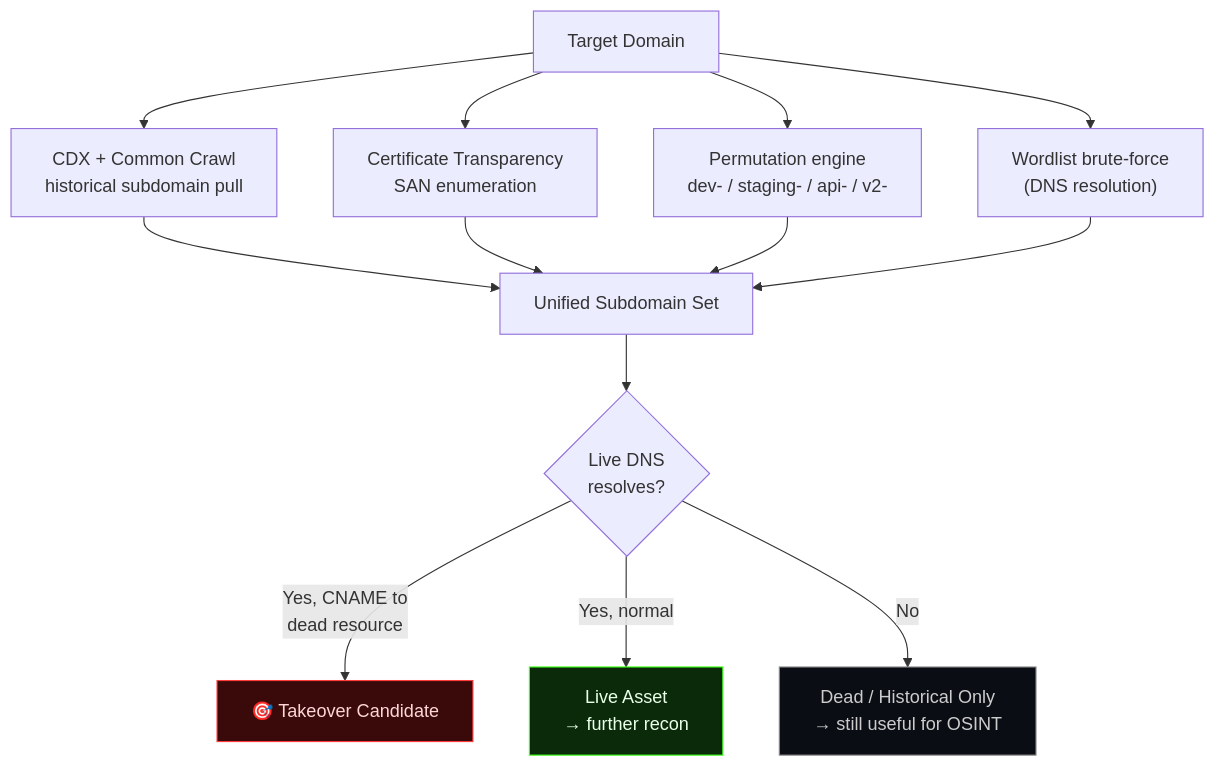
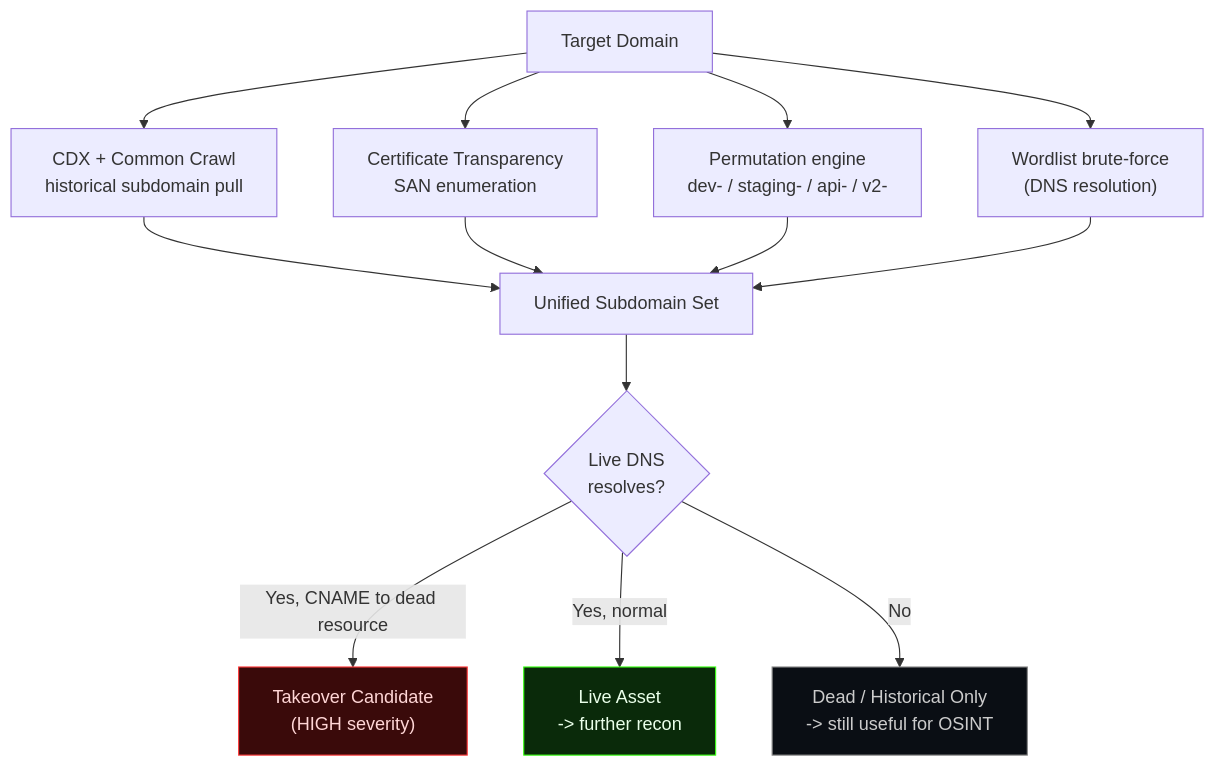
The fifth of 21 diagrams in README.md (sylhetyhackvenger/STRATASCAN), drawn with Mermaid before and after one commit. The commit also changed other lines of this file, not shown here.

````diff
--- a/README.md
+++ b/README.md
@@ -653,19 +633,19 @@
 ```mermaid
 flowchart TD
-    T["Target Domain"] --> A["CDX + Common Crawl\nhistorical subdomain pull"]
-    T --> B["Certificate Transparency\nSAN enumeration"]
-    T --> C["Permutation engine\ndev- / staging- / api- / v2-"]
-    T --> D["Wordlist brute-force\n(DNS resolution)"]
+    T["Target Domain"] --> A["CDX + Common Crawl<br/>historical subdomain pull"]
+    T --> B["Certificate Transparency<br/>SAN enumeration"]
+    T --> C["Permutation engine<br/>dev- / staging- / api- / v2-"]
+    T --> D["Wordlist brute-force<br/>(DNS resolution)"]
     A --> E["Unified Subdomain Set"]
     B --> E
     C --> E
     D --> E
-    E --> F{Live DNS\nresolves?}
-    F -->|Yes, CNAME to\ndead resource| G["🎯 Takeover Candidate"]
-    F -->|Yes, normal| H["Live Asset\n→ further recon"]
-    F -->|No| I["Dead / Historical Only\n→ still useful for OSINT"]
+    E --> F{"Live DNS<br/>resolves?"}
+    F -->|Yes, CNAME to dead resource| G["Takeover Candidate<br/>(HIGH severity)"]
+    F -->|Yes, normal| H["Live Asset<br/>-> further recon"]
+    F -->|No| I["Dead / Historical Only<br/>-> still useful for OSINT"]
 
     style G fill:#3a0a0a,stroke:#ff3b3b,color:#ffd6d6
     style H fill:#0a2a0a,stroke:#39ff14,color:#eaffea
     style I fill:#0a0e14,stroke:#888,color:#ccc
 ```
````
